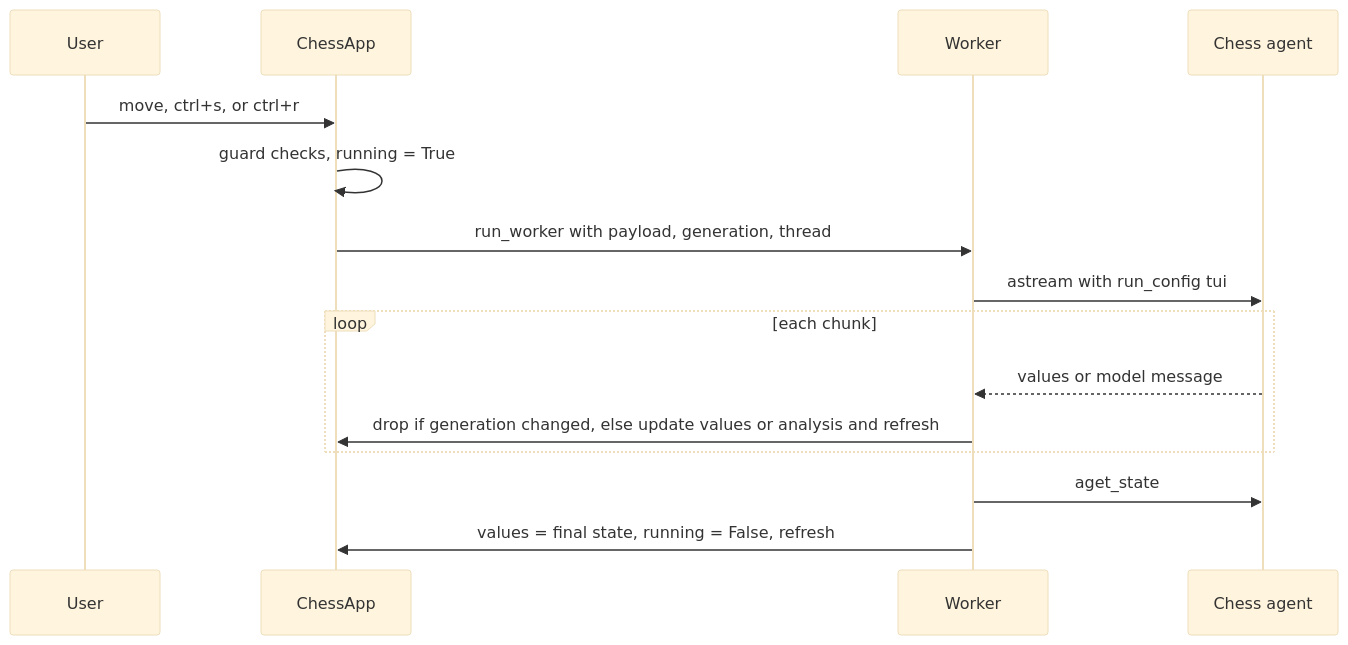
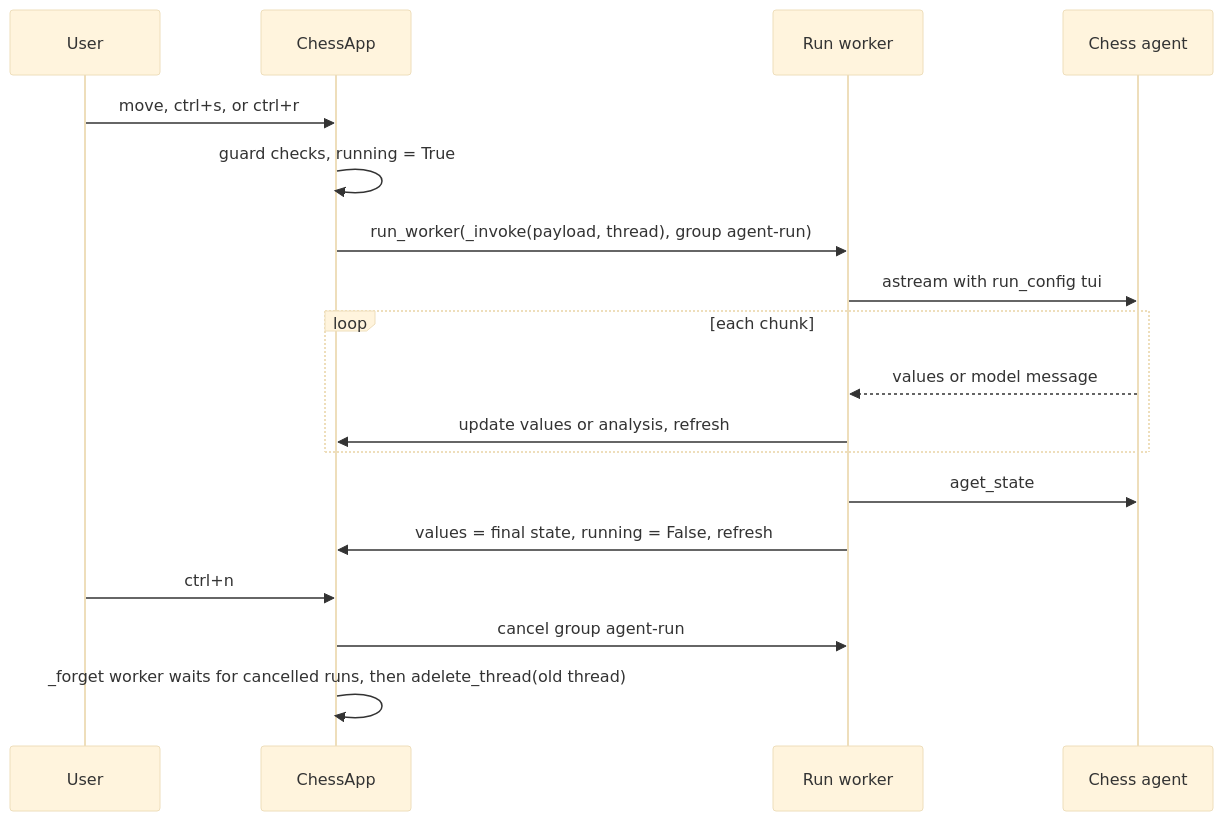
One commit to darieldatoon/langchain-chess changed the diagram in openwiki/integrations/terminal-ui.md. Above: the diagram before and after it, drawn with Mermaid (base theme). The commit also changed other lines of this file and 39 other files, not shown here.

````diff
--- a/openwiki/integrations/terminal-ui.md
+++ b/openwiki/integrations/terminal-ui.md
@@ -162,17 +168,20 @@
 ```mermaid
 sequenceDiagram
     participant U as User
     participant App as ChessApp
-    participant W as Worker
+    participant W as Run worker
     participant Agent as Chess agent
     U->>App: move, ctrl+s, or ctrl+r
     App->>App: guard checks, running = True
-    App->>W: run_worker with payload, generation, thread
+    App->>W: run_worker(_invoke(payload, thread), group agent-run)
     W->>Agent: astream with run_config tui
     loop each chunk
         Agent-->>W: values or model message
-        W->>App: drop if generation changed, else update values or analysis and refresh
+        W->>App: update values or analysis, refresh
     end
     W->>Agent: aget_state
     W->>App: values = final state, running = False, refresh
+    U->>App: ctrl+n
+    App->>W: cancel group agent-run
+    App->>App: _forget worker waits for cancelled runs, then adelete_thread(old thread)
 ```
````
